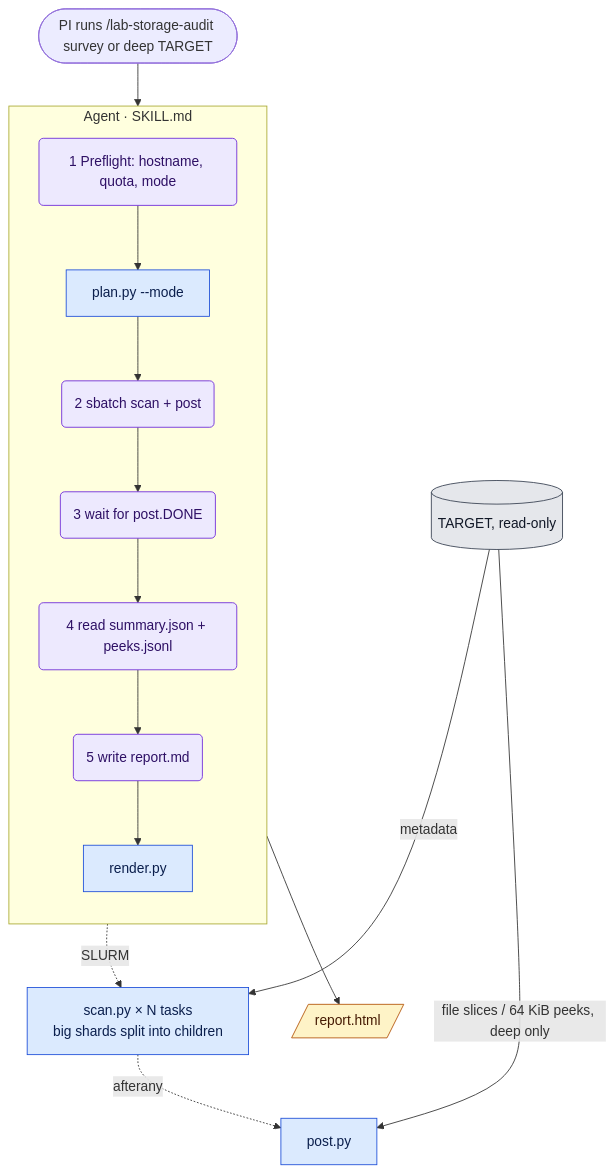
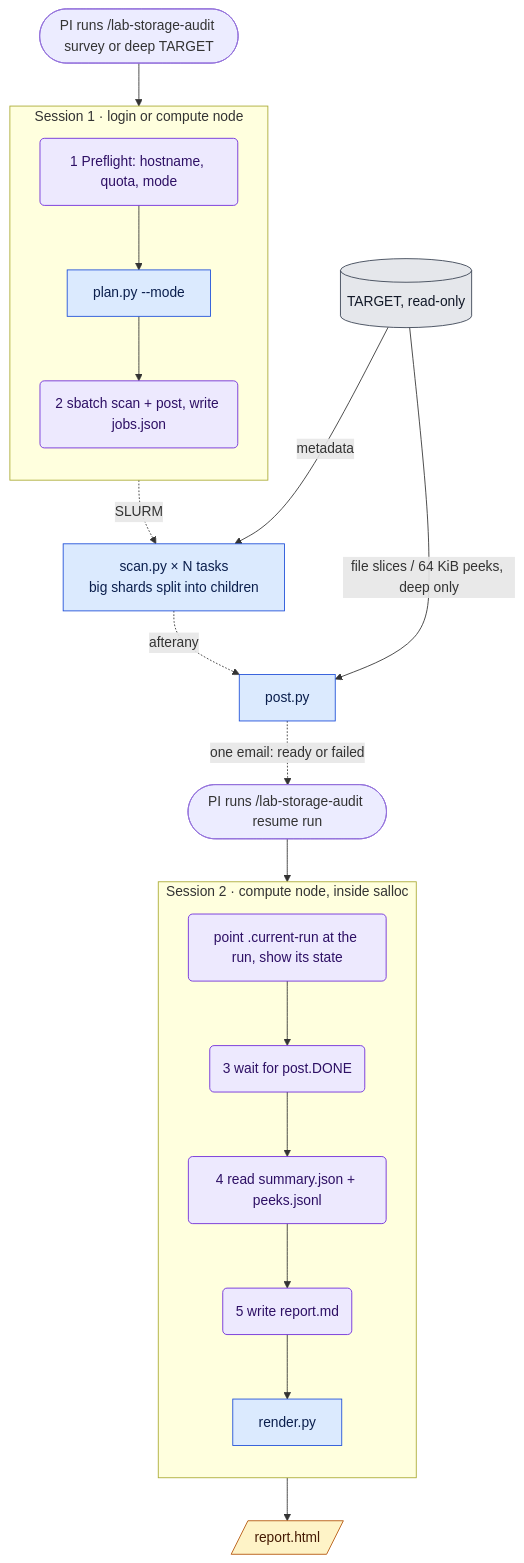
The first of 2 diagrams in docs/spec.md (harvardinformatics/data-concierge-file-audit), drawn with Mermaid before and after one commit. The commit also changed other lines of this file and 8 other files, not shown here.

First line of the commit message:
Submit from a login node, finish later with /lab-storage-audit resume

````diff
--- a/docs/spec.md
+++ b/docs/spec.md
@@ -62,23 +66,29 @@
 ```mermaid
 flowchart TB
-  PI([PI runs /lab-storage-audit survey or deep TARGET]) --> AG
-  subgraph AG[Agent · SKILL.md]
+  PI([PI runs /lab-storage-audit survey or deep TARGET]) --> S1
+  subgraph S1[Session 1 · login or compute node]
     direction TB
     a1(1 Preflight: hostname, quota, mode) --> a2[plan.py --mode]
-    a2 --> a3(2 sbatch scan + post) --> a4(3 wait for post.DONE)
-    a4 --> a5(4 read summary.json + peeks.jsonl) --> a6(5 write report.md) --> a7[render.py]
+    a2 --> a3(2 sbatch scan + post, write jobs.json)
   end
   a3 -. SLURM .-> SC[scan.py × N tasks<br/>big shards split into children]
   SC -. afterany .-> PO[post.py]
   T[(TARGET, read-only)] -->|metadata| SC
   T -->|file slices / 64 KiB peeks, deep only| PO
+  PO -. one email: ready or failed .-> PI2([PI runs /lab-storage-audit resume run])
+  PI2 --> S2
+  subgraph S2[Session 2 · compute node, inside salloc]
+    direction TB
+    r0(point .current-run at the run, show its state) --> a4(3 wait for post.DONE)
+    a4 --> a5(4 read summary.json + peeks.jsonl) --> a6(5 write report.md) --> a7[render.py]
+  end
   a7 --> H[/report.html/]
   classDef script fill:#dbeafe,stroke:#1d4ed8,color:#0b1f4d
   classDef output fill:#fef3c7,stroke:#b45309,color:#451a03
   classDef agent fill:#ede9fe,stroke:#6d28d9,color:#2e1065
   classDef target fill:#e5e7eb,stroke:#374151,color:#111827
   class a2,a7,SC,PO script
   class H output
-  class a1,a3,a4,a5,a6 agent
+  class a1,a3,r0,a4,a5,a6 agent
   class T target
 ```
````
